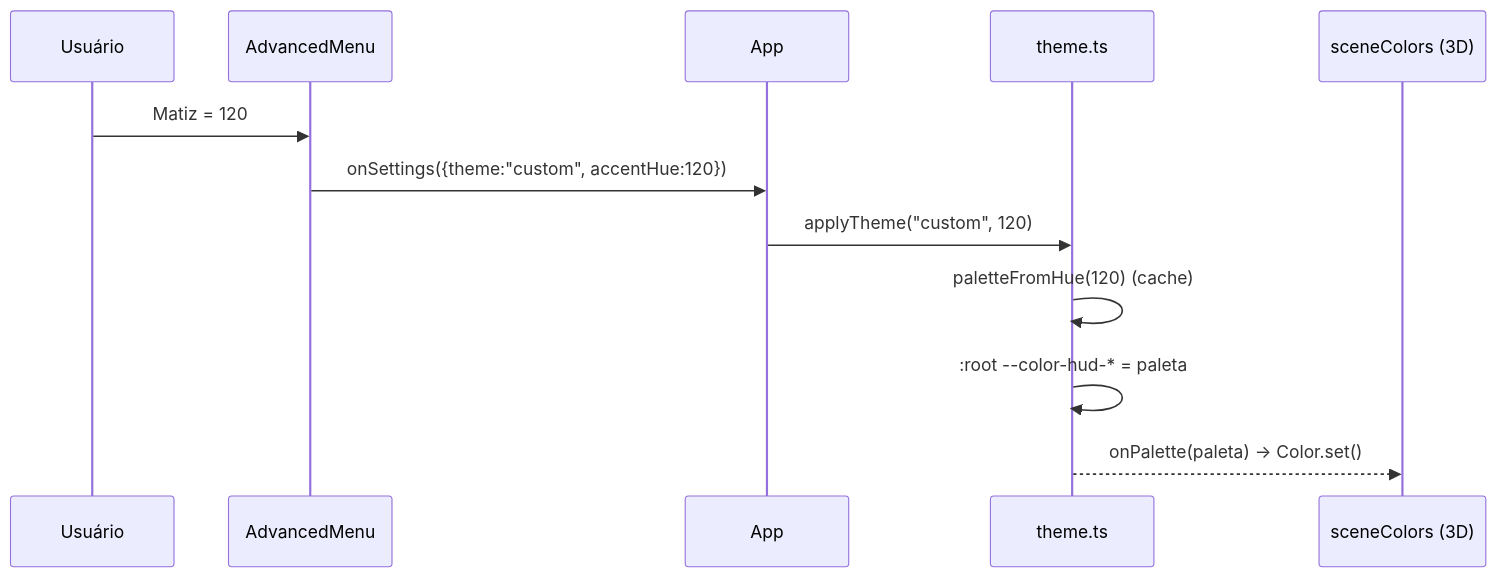
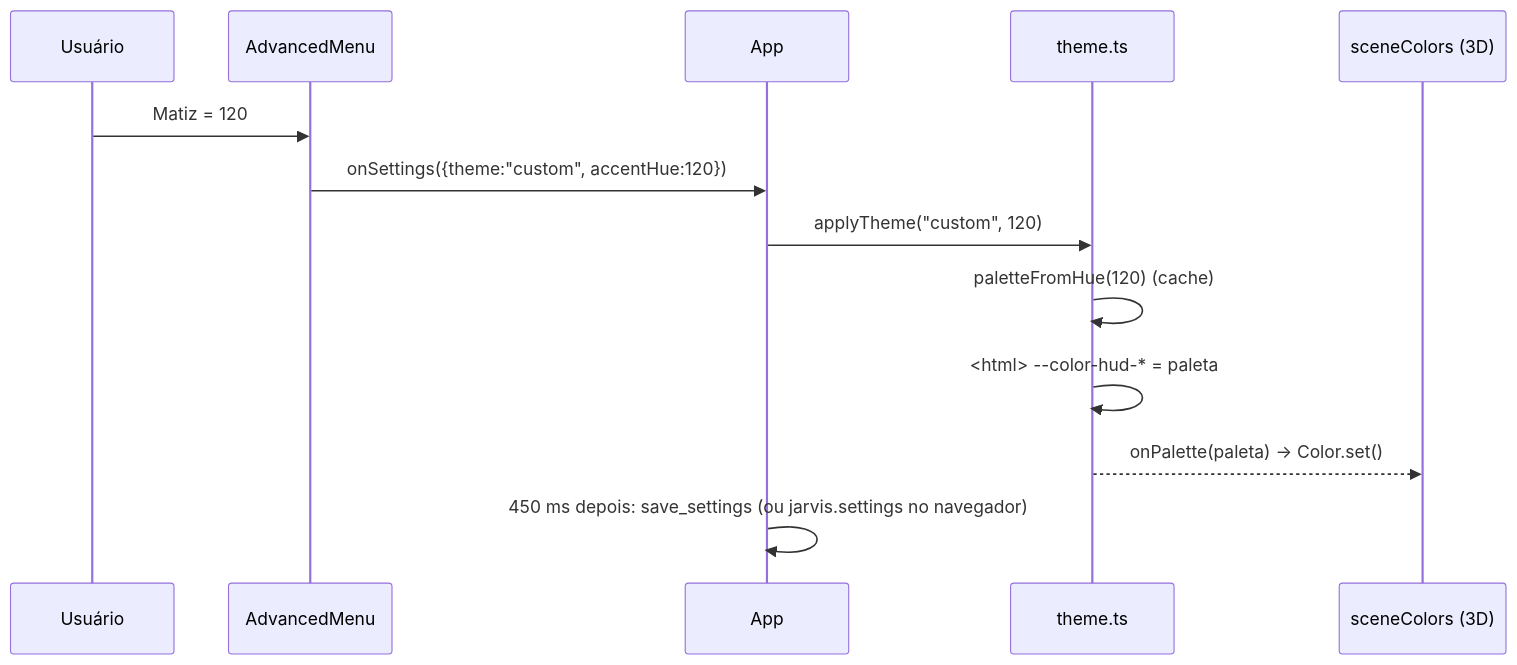
One commit to felipeAguiarCode/jvOS changed the diagram in .specs/features/appearance/spec.md. Above: the diagram before and after it, drawn with Mermaid. The commit also changed other lines of this file and 90 other files, not shown here.

````diff
--- a/.specs/features/appearance/spec.md
+++ b/.specs/features/appearance/spec.md
@@ -281,14 +414,15 @@
 ```mermaid
 sequenceDiagram
   participant U as Usuário
   participant M as AdvancedMenu
   participant A as App
   participant T as theme.ts
   participant S as sceneColors (3D)
   U->>M: Matiz = 120
   M->>A: onSettings({theme:"custom", accentHue:120})
   A->>T: applyTheme("custom", 120)
   T->>T: paletteFromHue(120) (cache)
-  T->>T: :root --color-hud-* = paleta
+  T->>T: <html> --color-hud-* = paleta
   T-->>S: onPalette(paleta) → Color.set()
+  A->>A: 450 ms depois: save_settings (ou jarvis.settings no navegador)
 ```
````
